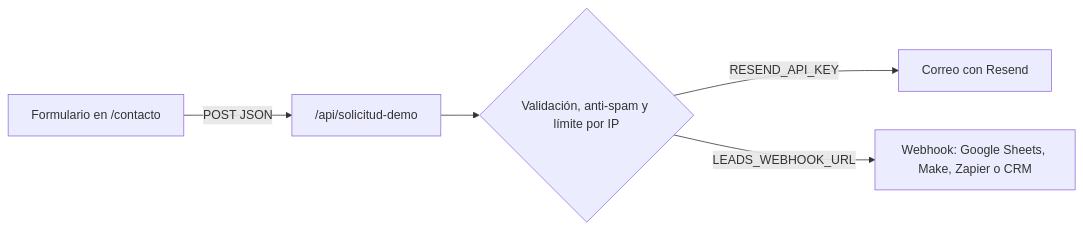
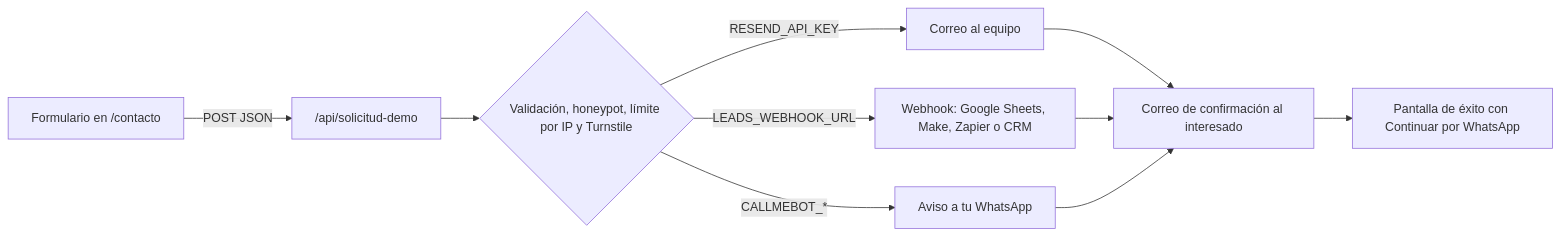
Before and after one commit to MiguelAHz2/domuscol-page: the diagram in README.md, drawn with Mermaid. The commit also changed other lines of this file and 46 other files, not shown here.

````diff
--- a/README.md
+++ b/README.md
@@ -118,7 +131,10 @@
 ```mermaid
 flowchart LR
   A["Formulario en /contacto"] -->|POST JSON| B["/api/solicitud-demo"]
-  B --> C{"Validación, anti-spam y límite por IP"}
-  C -->|RESEND_API_KEY| D["Correo con Resend"]
+  B --> C{"Validación, honeypot, límite por IP y Turnstile"}
+  C -->|RESEND_API_KEY| D["Correo al equipo"]
   C -->|LEADS_WEBHOOK_URL| E["Webhook: Google Sheets, Make, Zapier o CRM"]
+  C -->|CALLMEBOT_*| F["Aviso a tu WhatsApp"]
+  D & E & F --> G["Correo de confirmación al interesado"]
+  G --> H["Pantalla de éxito con Continuar por WhatsApp"]
 ```
````
